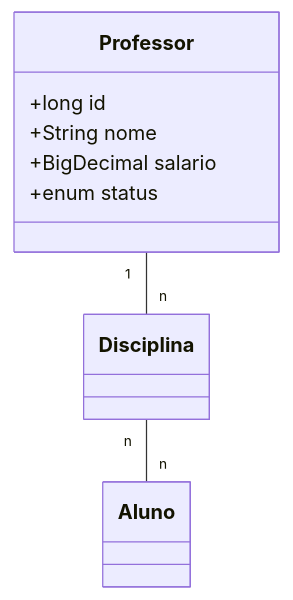
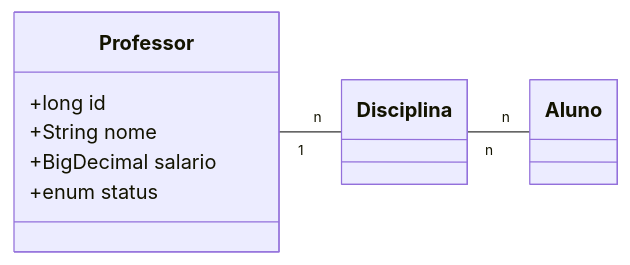
One commit to joana-mendonca/DemoSpringMVC changed the diagram in README.md. Above: the diagram before and after it, drawn with Mermaid. The commit also changed other lines of this file and 3 other files, not shown here.

````diff
--- a/README.md
+++ b/README.md
@@ -17,15 +17,16 @@
 ```mermaid
 classDiagram
+    direction LR
     Professor "1" -- "n" Disciplina
     Disciplina "n" -- "n" Aluno
     class Professor{
       +long id
       +String nome
       +BigDecimal salario
       +enum status
     }
     class Disciplina{
     }
     class Aluno{
     }
 ```
````
